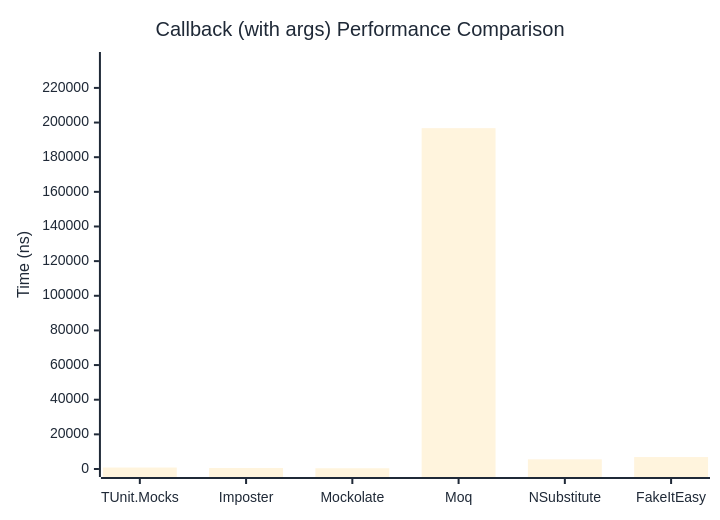
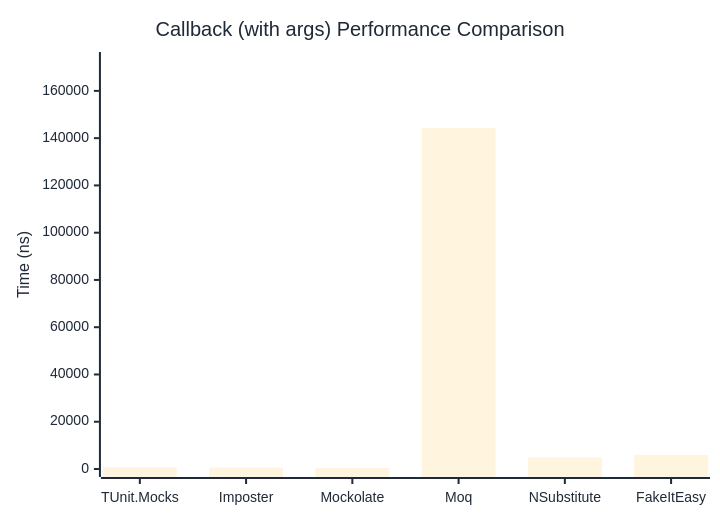
One commit to thomhurst/TUnit changed the second of 2 diagrams in docs/docs/benchmarks/mocks/Callback.md. Above: the diagram before and after it, drawn with Mermaid. The commit also changed other lines of this file and 14 other files, not shown here.

````diff
--- a/docs/docs/benchmarks/mocks/Callback.md
+++ b/docs/docs/benchmarks/mocks/Callback.md
@@ -71,27 +71,27 @@
 ```mermaid
 %%{init: {
   'theme':'base',
   'themeVariables': {
     'primaryColor': '#2563eb',
     'primaryTextColor': '#1f2937',
     'primaryBorderColor': '#1e40af',
     'lineColor': '#6b7280',
     'secondaryColor': '#7c3aed',
     'tertiaryColor': '#dc2626',
     'background': '#ffffff',
     'pie1': '#2563eb',
     'pie2': '#7c3aed',
     'pie3': '#dc2626',
     'pie4': '#f59e0b',
     'pie5': '#10b981',
     'pie6': '#06b6d4',
     'pie7': '#ec4899',
     'pie8': '#6366f1'
   }
 }}%%
 xychart-beta
   title "Callback (with args) Performance Comparison"
   x-axis ["TUnit.Mocks", "Imposter", "Mockolate", "Moq", "NSubstitute", "FakeItEasy"]
-  y-axis "Time (ns)" 0 --> 236110
-  bar [846.5, 580.3, 430.3, 196757.9, 5578.5, 6904.4]
+  y-axis "Time (ns)" 0 --> 173071
+  bar [771.7, 573.9, 387.3, 144225.1, 4914.5, 5963.3]
 ```
````
